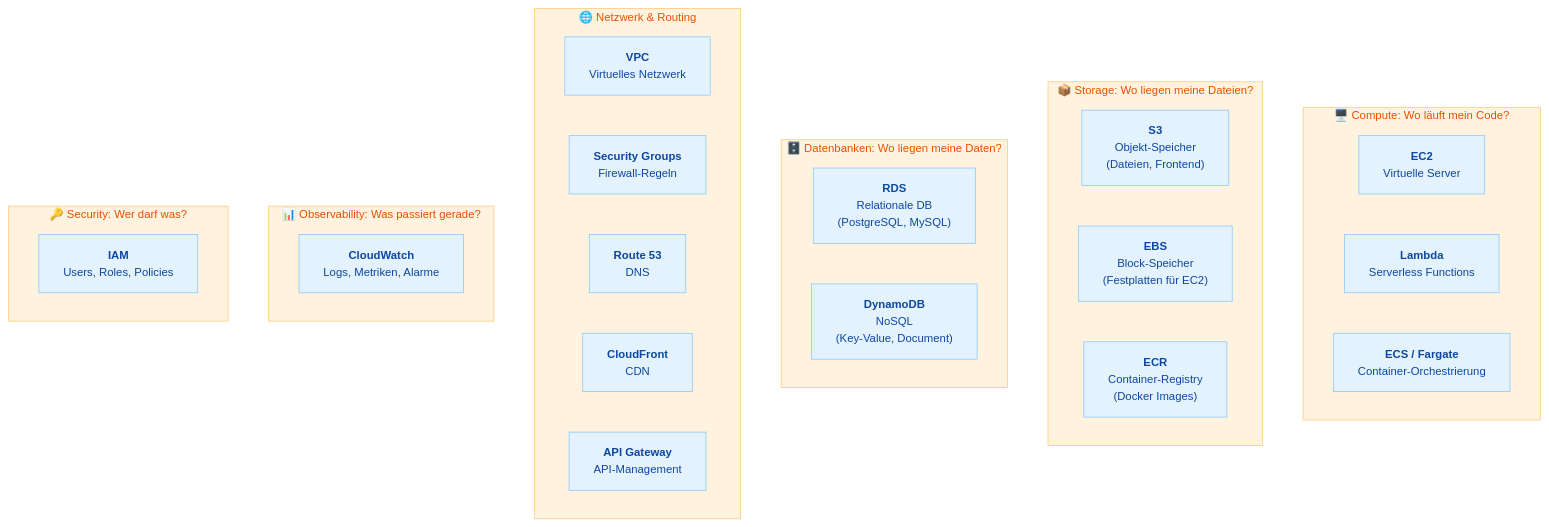
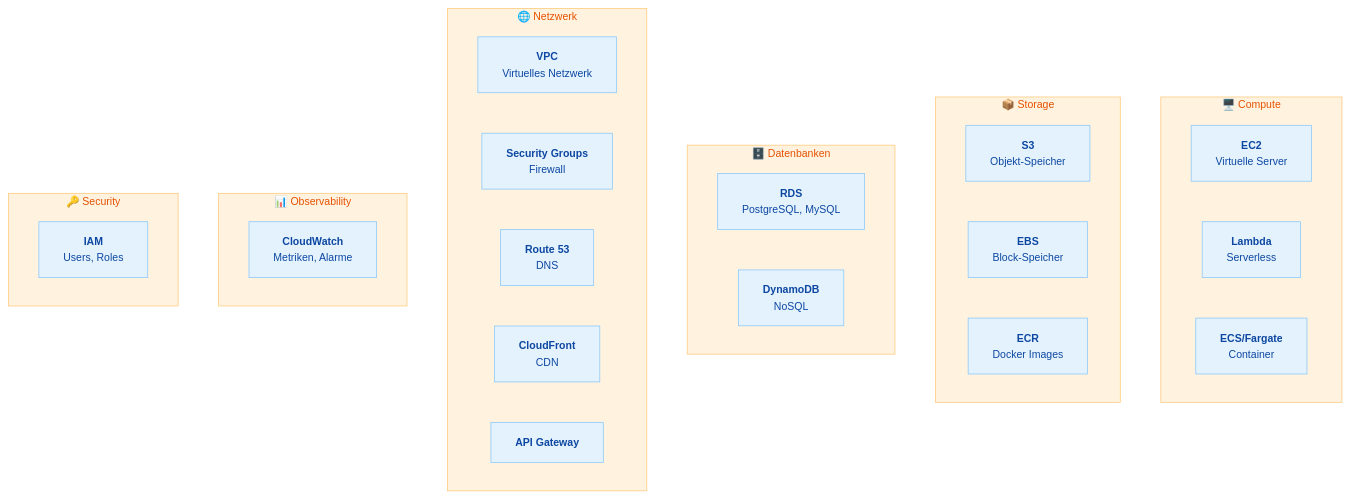
Before and after one commit to JacobMenge/kurs-25-06: the first of 6 diagrams in docs/modul-3/woche-9/uebung-30.0-aws-services-architektur.md, drawn with Mermaid. The commit also changed other lines of this file and 5 other files, not shown here.

````diff
--- a/docs/modul-3/woche-9/uebung-30.0-aws-services-architektur.md
+++ b/docs/modul-3/woche-9/uebung-30.0-aws-services-architektur.md
@@ -46,31 +46,31 @@
 ```mermaid
-%%{init: {'theme': 'base', 'themeVariables': {'primaryColor': '#e3f2fd', 'primaryTextColor': '#0d47a1', 'primaryBorderColor': '#90caf9', 'secondaryColor': '#e8f5e9', 'secondaryTextColor': '#1b5e20', 'secondaryBorderColor': '#a5d6a7', 'tertiaryColor': '#fff3e0', 'tertiaryTextColor': '#e65100', 'tertiaryBorderColor': '#ffcc80', 'lineColor': '#78909c', 'fontSize': '14px'}}}%%
+%%{init: {'theme': 'base', 'themeVariables': {'primaryColor': '#e3f2fd', 'primaryTextColor': '#0d47a1', 'primaryBorderColor': '#90caf9', 'secondaryColor': '#e8f5e9', 'secondaryTextColor': '#1b5e20', 'secondaryBorderColor': '#a5d6a7', 'tertiaryColor': '#fff3e0', 'tertiaryTextColor': '#e65100', 'tertiaryBorderColor': '#ffcc80', 'lineColor': '#78909c', 'fontSize': '13px'}}}%%
 graph TB
-    subgraph compute ["🖥️ Compute: Wo läuft mein Code?"]
+    subgraph compute ["🖥️ Compute"]
         EC2["<b>EC2</b><br/>Virtuelle Server"]
-        LAMBDA["<b>Lambda</b><br/>Serverless Functions"]
-        ECS["<b>ECS / Fargate</b><br/>Container-Orchestrierung"]
+        LAMBDA["<b>Lambda</b><br/>Serverless"]
+        ECS["<b>ECS/Fargate</b><br/>Container"]
     end
-    subgraph storage ["📦 Storage: Wo liegen meine Dateien?"]
-        S3["<b>S3</b><br/>Objekt-Speicher<br/>(Dateien, Frontend)"]
-        EBS["<b>EBS</b><br/>Block-Speicher<br/>(Festplatten für EC2)"]
-        ECR["<b>ECR</b><br/>Container-Registry<br/>(Docker Images)"]
+    subgraph storage ["📦 Storage"]
+        S3["<b>S3</b><br/>Objekt-Speicher"]
+        EBS["<b>EBS</b><br/>Block-Speicher"]
+        ECR["<b>ECR</b><br/>Docker Images"]
     end
-    subgraph db ["🗄️ Datenbanken: Wo liegen meine Daten?"]
-        RDS["<b>RDS</b><br/>Relationale DB<br/>(PostgreSQL, MySQL)"]
-        DYNAMO["<b>DynamoDB</b><br/>NoSQL<br/>(Key-Value, Document)"]
+    subgraph db ["🗄️ Datenbanken"]
+        RDS["<b>RDS</b><br/>PostgreSQL, MySQL"]
+        DYNAMO["<b>DynamoDB</b><br/>NoSQL"]
     end
-    subgraph network ["🌐 Netzwerk & Routing"]
+    subgraph network ["🌐 Netzwerk"]
         VPC["<b>VPC</b><br/>Virtuelles Netzwerk"]
-        SG["<b>Security Groups</b><br/>Firewall-Regeln"]
+        SG["<b>Security Groups</b><br/>Firewall"]
         R53["<b>Route 53</b><br/>DNS"]
         CF["<b>CloudFront</b><br/>CDN"]
-        APIGW["<b>API Gateway</b><br/>API-Management"]
+        APIGW["<b>API Gateway</b>"]
     end
-    subgraph observe ["📊 Observability: Was passiert gerade?"]
-        CW["<b>CloudWatch</b><br/>Logs, Metriken, Alarme"]
+    subgraph observe ["📊 Observability"]
+        CW["<b>CloudWatch</b><br/>Metriken, Alarme"]
     end
-    subgraph security ["🔑 Security: Wer darf was?"]
-        IAM["<b>IAM</b><br/>Users, Roles, Policies"]
+    subgraph security ["🔑 Security"]
+        IAM["<b>IAM</b><br/>Users, Roles"]
     end
 ```
````
